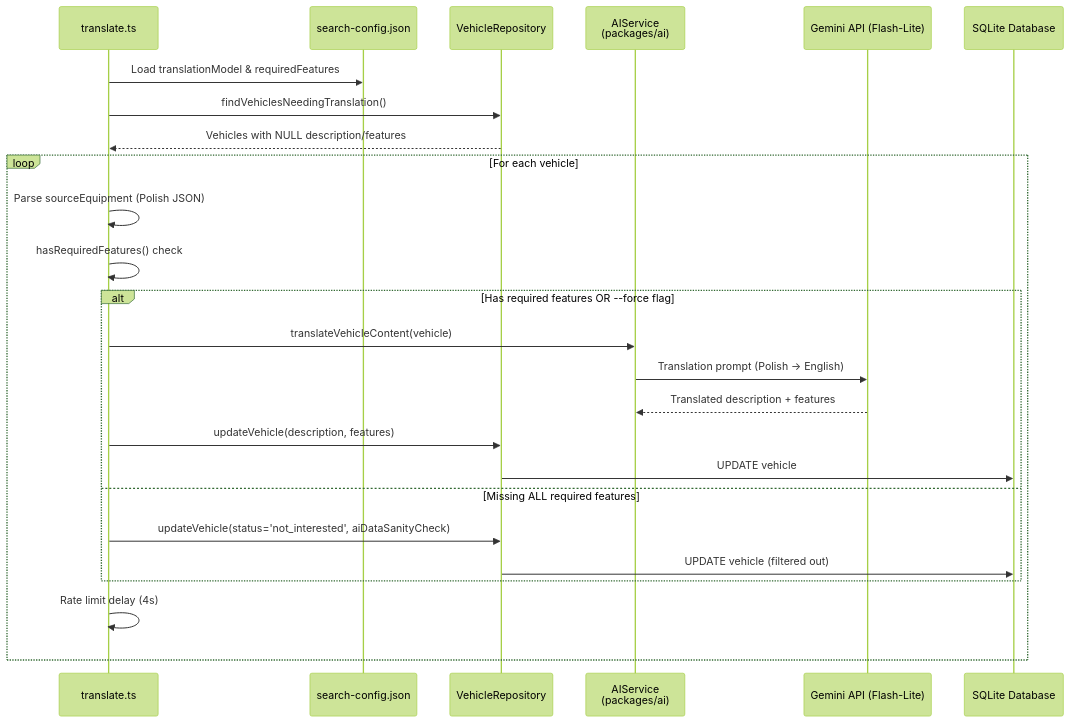
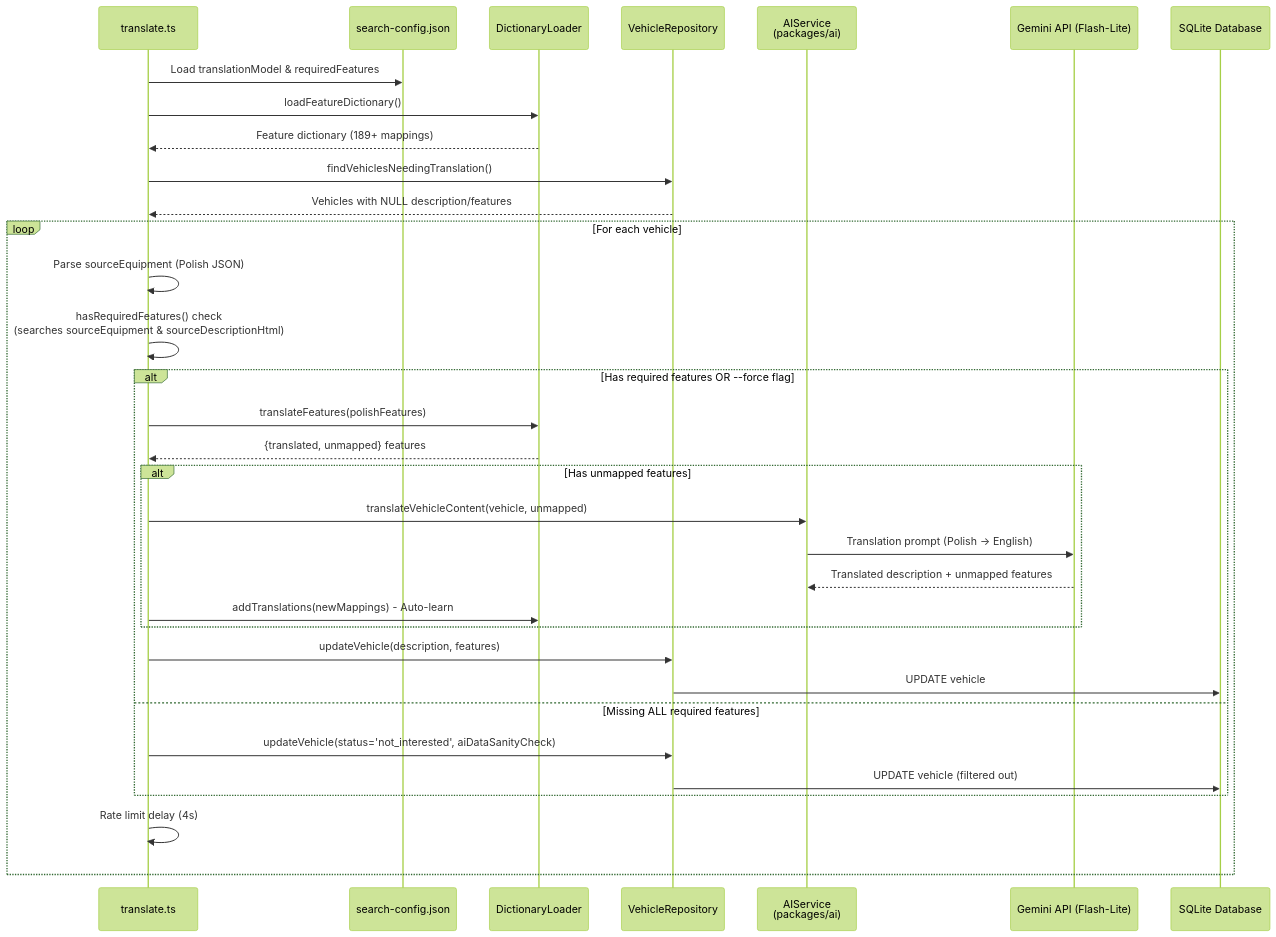
Before and after one commit to jgarciagalvez/car-finder-ai: the second of 4 diagrams in docs/architecture/core-workflows.md, drawn with Mermaid (forest theme). The commit also changed other lines of this file and 6 other files, not shown here.

````diff
--- a/docs/architecture/core-workflows.md
+++ b/docs/architecture/core-workflows.md
@@ -54,31 +54,41 @@
 ```mermaid
 sequenceDiagram
     participant Script as translate.ts
     participant Config as search-config.json
+    participant Dict as DictionaryLoader
     participant Repo as VehicleRepository
     participant AI as AIService<br/>(packages/ai)
     participant Gemini as Gemini API (Flash-Lite)
     participant DB as SQLite Database
 
     Script->>Config: Load translationModel & requiredFeatures
+    Script->>Dict: loadFeatureDictionary()
+    Dict-->>Script: Feature dictionary (189+ mappings)
     Script->>Repo: findVehiclesNeedingTranslation()
     Repo-->>Script: Vehicles with NULL description/features
 
     loop For each vehicle
         Script->>Script: Parse sourceEquipment (Polish JSON)
-        Script->>Script: hasRequiredFeatures() check
+        Script->>Script: hasRequiredFeatures() check<br/>(searches sourceEquipment & sourceDescriptionHtml)
 
         alt Has required features OR --force flag
-            Script->>AI: translateVehicleContent(vehicle)
-            AI->>Gemini: Translation prompt (Polish → English)
-            Gemini-->>AI: Translated description + features
+            Script->>Dict: translateFeatures(polishFeatures)
+            Dict-->>Script: {translated, unmapped} features
+
+            alt Has unmapped features
+                Script->>AI: translateVehicleContent(vehicle, unmapped)
+                AI->>Gemini: Translation prompt (Polish → English)
+                Gemini-->>AI: Translated description + unmapped features
+                Script->>Dict: addTranslations(newMappings) - Auto-learn
+            end
+
             Script->>Repo: updateVehicle(description, features)
             Repo->>DB: UPDATE vehicle
         else Missing ALL required features
             Script->>Repo: updateVehicle(status='not_interested', aiDataSanityCheck)
             Repo->>DB: UPDATE vehicle (filtered out)
         end
 
         Script->>Script: Rate limit delay (4s)
     end
 ```
````
